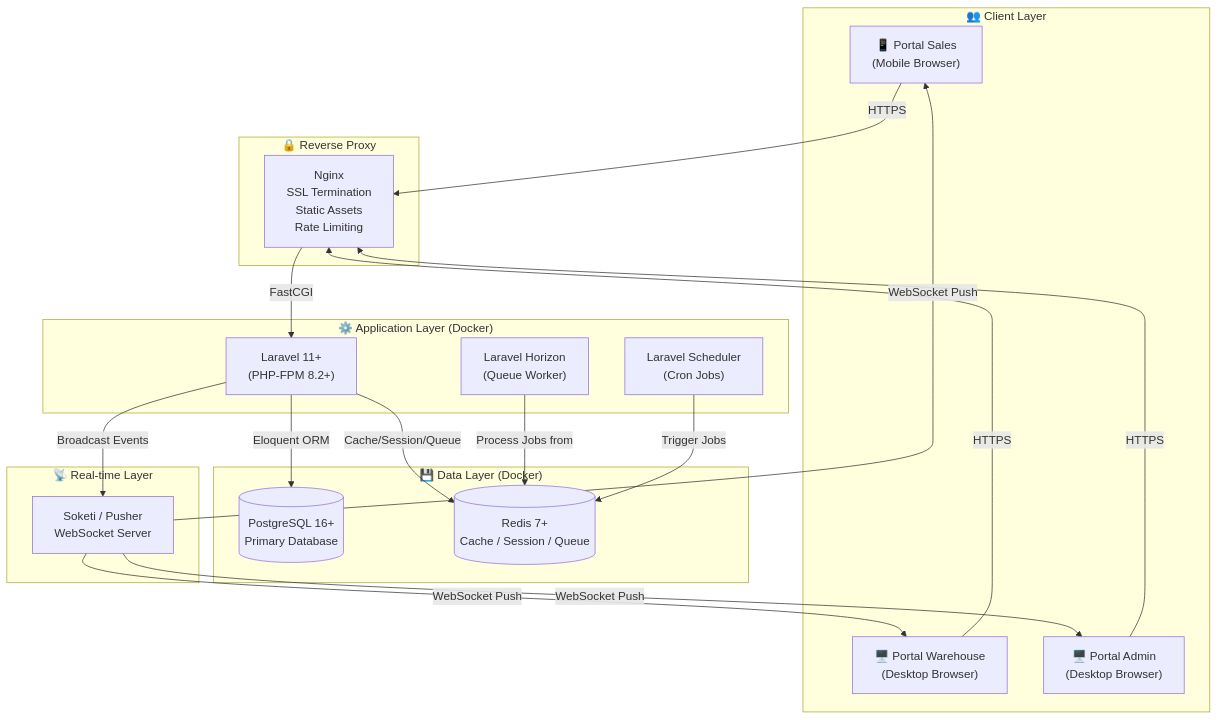
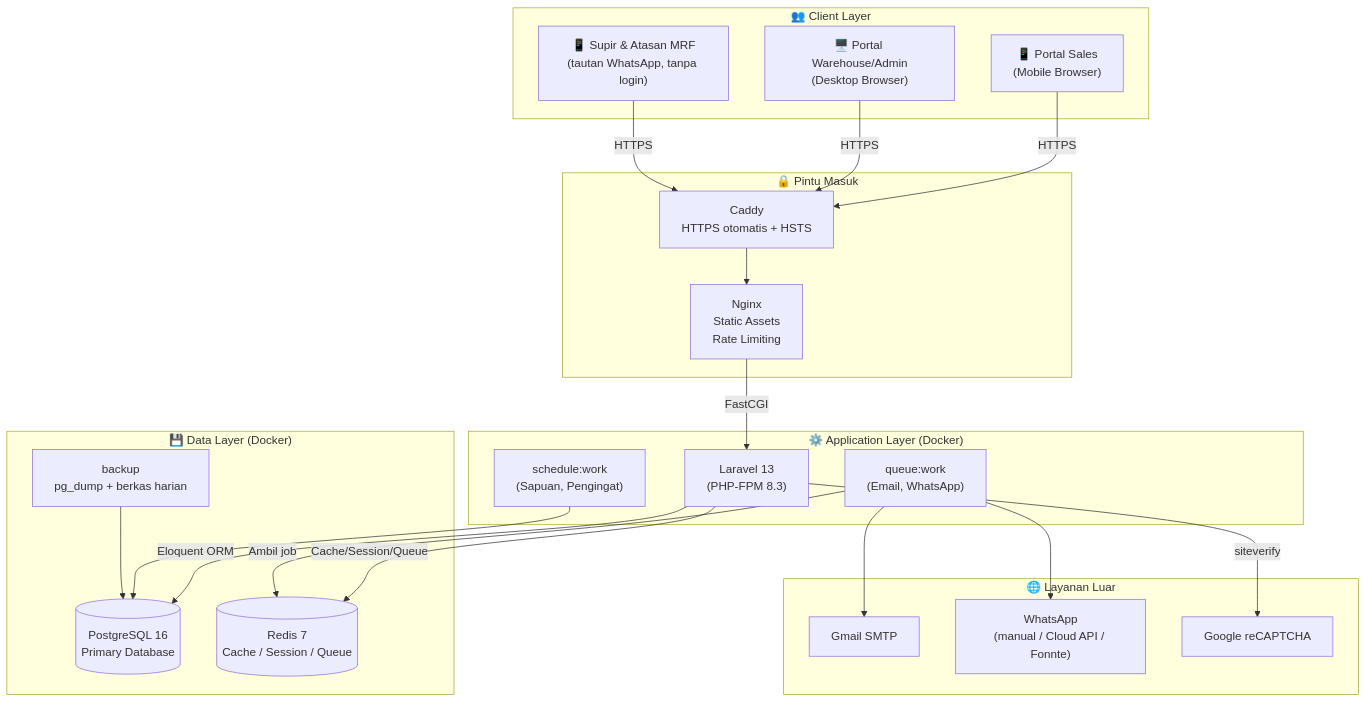
The first of 6 diagrams in docs/3_system_architecture.md (alfianmutaqin/berger-wms), drawn with Mermaid before and after one commit. The commit also changed other lines of this file and 9 other files, not shown here.

````diff
--- a/docs/3_system_architecture.md
+++ b/docs/3_system_architecture.md
@@ -28,42 +31,45 @@
 ```mermaid
 graph TB
     subgraph CLIENTS ["👥 Client Layer"]
         SALES_APP["📱 Portal Sales<br>(Mobile Browser)"]
-        WH_APP["🖥️ Portal Warehouse<br>(Desktop Browser)"]
-        ADMIN_APP["🖥️ Portal Admin<br>(Desktop Browser)"]
+        WH_APP["🖥️ Portal Warehouse/Admin<br>(Desktop Browser)"]
+        DRIVER["📱 Supir & Atasan MRF<br>(tautan WhatsApp, tanpa login)"]
     end
 
-    subgraph NGINX_LAYER ["🔒 Reverse Proxy"]
-        NGINX["Nginx<br>SSL Termination<br>Static Assets<br>Rate Limiting"]
+    subgraph EDGE ["🔒 Pintu Masuk"]
+        CADDY["Caddy<br>HTTPS otomatis + HSTS"]
+        NGINX["Nginx<br>Static Assets<br>Rate Limiting"]
     end
 
     subgraph APP_LAYER ["⚙️ Application Layer (Docker)"]
-        LARAVEL["Laravel 11+<br>(PHP-FPM 8.2+)"]
-        HORIZON["Laravel Horizon<br>(Queue Worker)"]
-        SCHEDULER["Laravel Scheduler<br>(Cron Jobs)"]
+        LARAVEL["Laravel 13<br>(PHP-FPM 8.3)"]
+        QUEUE["queue:work<br>(Email, WhatsApp)"]
+        SCHEDULER["schedule:work<br>(Sapuan, Pengingat)"]
     end
 
     subgraph DATA_LAYER ["💾 Data Layer (Docker)"]
-        POSTGRES[("PostgreSQL 16+<br>Primary Database")]
-        REDIS[("Redis 7+<br>Cache / Session / Queue")]
+        POSTGRES[("PostgreSQL 16<br>Primary Database")]
+        REDIS[("Redis 7<br>Cache / Session / Queue")]
+        BACKUP["backup<br>pg_dump + berkas harian"]
     end
 
-    subgraph REALTIME_LAYER ["📡 Real-time Layer"]
-        SOKETI["Soketi / Pusher<br>WebSocket Server"]
+    subgraph EXTERNAL ["🌐 Layanan Luar"]
+        GMAIL["Gmail SMTP"]
+        WA["WhatsApp<br>(manual / Cloud API / Fonnte)"]
+        RECAPTCHA["Google reCAPTCHA"]
     end
 
-    SALES_APP -->|HTTPS| NGINX
-    WH_APP -->|HTTPS| NGINX
-    ADMIN_APP -->|HTTPS| NGINX
-    
+    SALES_APP -->|HTTPS| CADDY
+    WH_APP -->|HTTPS| CADDY
+    DRIVER -->|HTTPS| CADDY
+    CADDY --> NGINX
     NGINX -->|FastCGI| LARAVEL
     LARAVEL -->|Eloquent ORM| POSTGRES
     LARAVEL -->|Cache/Session/Queue| REDIS
-    LARAVEL -->|Broadcast Events| SOKETI
-    HORIZON -->|Process Jobs from| REDIS
-    SCHEDULER -->|Trigger Jobs| REDIS
-    
-    SOKETI -->|WebSocket Push| SALES_APP
-    SOKETI -->|WebSocket Push| WH_APP
-    SOKETI -->|WebSocket Push| ADMIN_APP
+    LARAVEL -->|siteverify| RECAPTCHA
+    QUEUE -->|Ambil job| REDIS
+    QUEUE --> GMAIL
+    QUEUE --> WA
+    SCHEDULER --> POSTGRES
+    BACKUP --> POSTGRES
 ```
````
